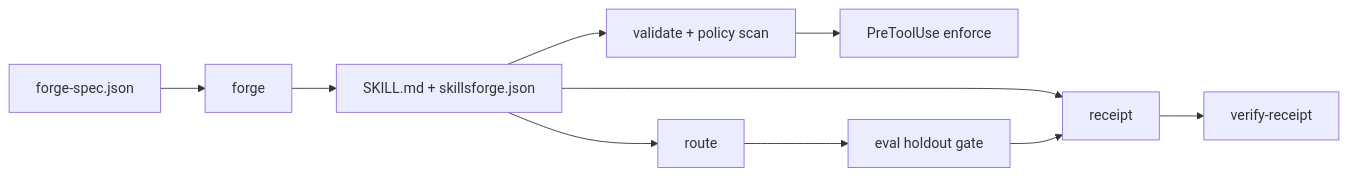
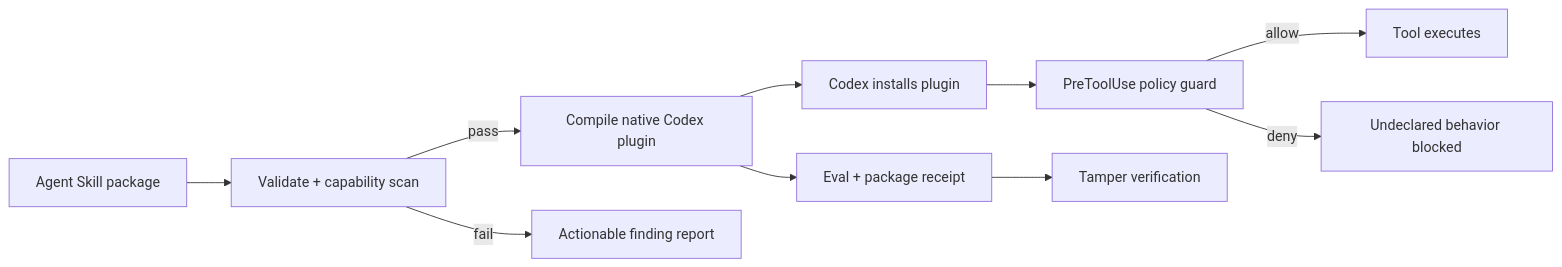
Before and after one commit to Tlkh201313/SkillsForge: the diagram in README.md, drawn with Mermaid. The commit also changed other lines of this file and 10 other files, not shown here.

Commit message:
docs: present native Codex trust pipeline demo

````diff
--- a/README.md
+++ b/README.md
@@ -75,12 +47,12 @@
 ```mermaid
 flowchart LR
-    Spec["forge-spec.json"] --> Forge["forge"]
-    Forge --> Package["SKILL.md + skillsforge.json"]
-    Package --> Validate["validate + policy scan"]
-    Package --> Route["route"]
-    Validate --> Enforce["PreToolUse enforce"]
-    Package --> Receipt["receipt"]
-    Route --> EvalGate["eval holdout gate"]
-    EvalGate --> Receipt
-    Receipt --> Verify["verify-receipt"]
+    Skill["Agent Skill package"] --> Validate["Validate + capability scan"]
+    Validate -->|pass| Package["Compile native Codex plugin"]
+    Validate -->|fail| Report["Actionable finding report"]
+    Package --> Codex["Codex installs plugin"]
+    Codex --> Hook["PreToolUse policy guard"]
+    Hook -->|allow| Tool["Tool executes"]
+    Hook -->|deny| Block["Undeclared behavior blocked"]
+    Package --> Evidence["Eval + package receipt"]
+    Evidence --> Verify["Tamper verification"]
 ```
````
